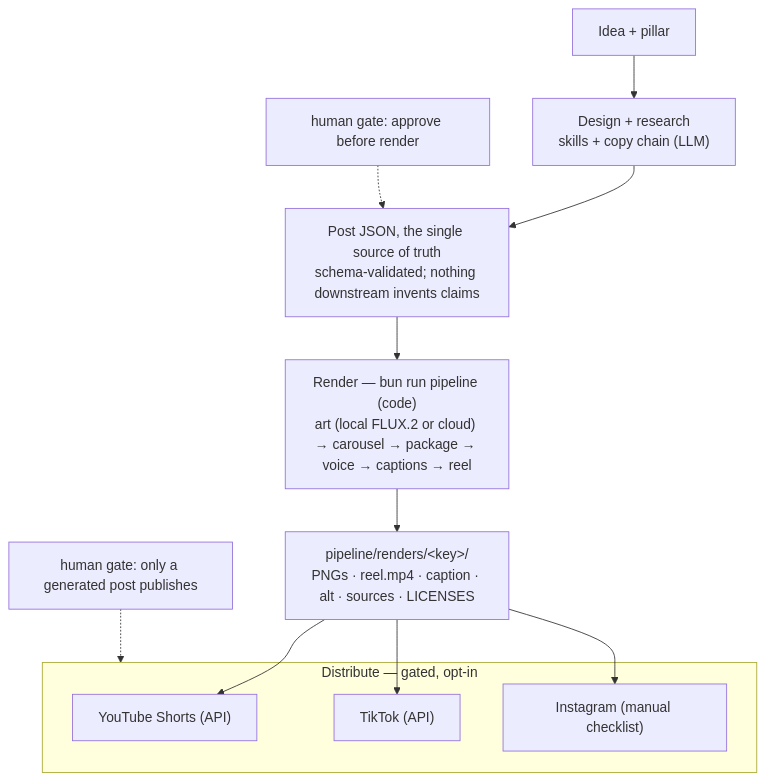
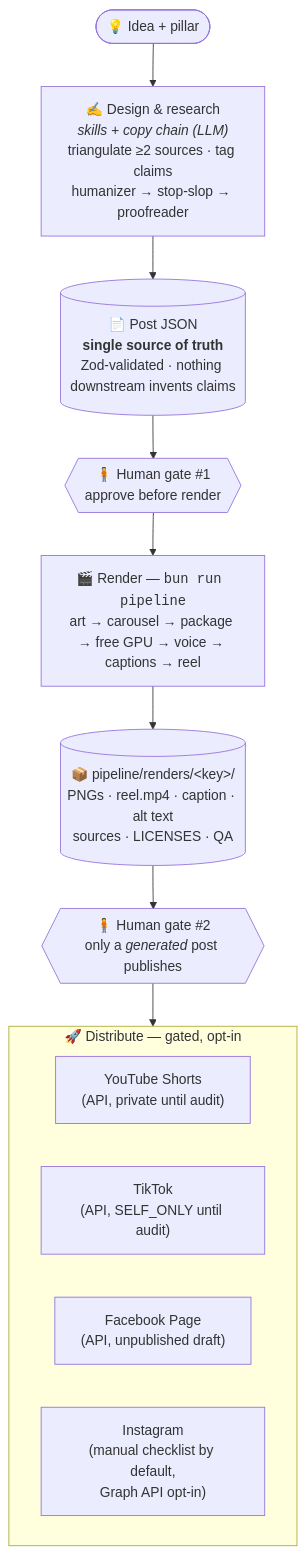
Before and after one commit to jondmarien/ai-ugc-pipeline: the first of 5 diagrams in README.md, drawn with Mermaid. The commit also changed other lines of this file and 7 other files, not shown here.

First line of the commit message:
docs: rewrite every README in showcase style with diagrams

````diff
--- a/README.md
+++ b/README.md
@@ -32,19 +55,17 @@
 ```mermaid
 flowchart TB
-    IDEA["Idea + pillar"]
-    SK["Design + research<br/>skills + copy chain (LLM)"]
-    JSON["Post JSON, the single source of truth<br/>schema-validated; nothing downstream invents claims"]
-    REN["Render — bun run pipeline (code)<br/>art (local FLUX.2 or cloud) → carousel → package → voice → captions → reel"]
-    PKG["pipeline/renders/&lt;key&gt;/<br/>PNGs · reel.mp4 · caption · alt · sources · LICENSES"]
-    subgraph DIST["Distribute — gated, opt-in"]
-        YT["YouTube Shorts (API)"]
-        TT["TikTok (API)"]
-        IG["Instagram (manual checklist)"]
+    IDEA(["💡 Idea + pillar"])
+    SK["✍️ Design & research<br/><i>skills + copy chain (LLM)</i><br/>triangulate ≥2 sources · tag claims<br/>humanizer → stop-slop → proofreader"]
+    JSON[("📄 Post JSON<br/><b>single source of truth</b><br/>Zod-validated · nothing downstream invents claims")]
+    GATE1{{"🧍 Human gate #1<br/>approve before render"}}
+    REN["🎬 Render — <code>bun run pipeline</code><br/>art → carousel → package → free GPU → voice → captions → reel"]
+    PKG[("📦 pipeline/renders/&lt;key&gt;/<br/>PNGs · reel.mp4 · caption · alt text<br/>sources · LICENSES · QA")]
+    GATE2{{"🧍 Human gate #2<br/>only a <i>generated</i> post publishes"}}
+    subgraph DIST["🚀 Distribute — gated, opt-in"]
+        YT["YouTube Shorts<br/>(API, private until audit)"]
+        TT["TikTok<br/>(API, SELF_ONLY until audit)"]
+        FB["Facebook Page<br/>(API, unpublished draft)"]
+        IG["Instagram<br/>(manual checklist by default,<br/>Graph API opt-in)"]
     end
-    IDEA --> SK --> JSON --> REN --> PKG
-    PKG --> YT
-    PKG --> TT
-    PKG --> IG
-    G1["human gate: approve before render"] -.-> JSON
-    G2["human gate: only a generated post publishes"] -.-> DIST
+    IDEA --> SK --> JSON --> GATE1 --> REN --> PKG --> GATE2 --> DIST
 ```
````
